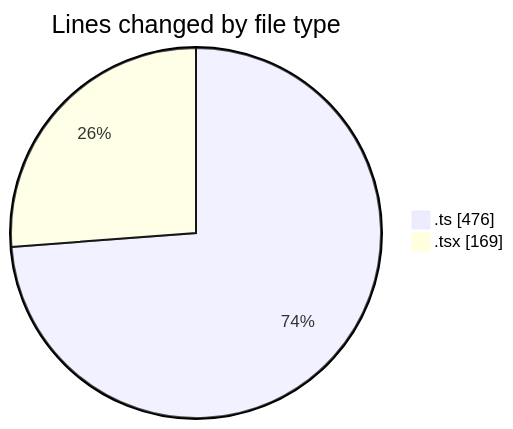
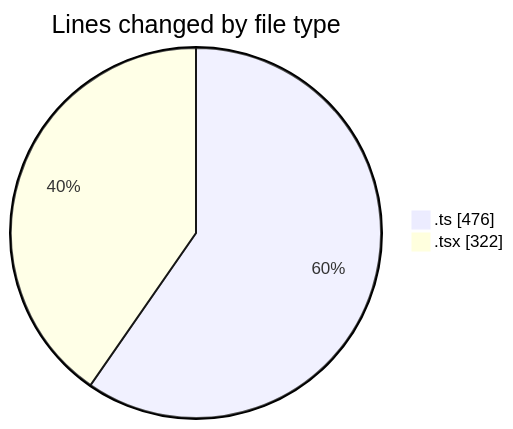
One commit to JenPaints/code-tracking changed the first of 2 diagrams in 2025-06-27/archive/README.md. Above: the diagram before and after it, drawn with Mermaid. The commit also changed other lines of this file and 1 other file, not shown here.

````diff
--- a/2025-06-27/archive/README.md
+++ b/2025-06-27/archive/README.md
@@ -23,6 +24,6 @@
 ```mermaid
 pie showData
 title Lines changed by file type
 ".ts" : 476
-".tsx" : 169
+".tsx" : 322
 ```
````
